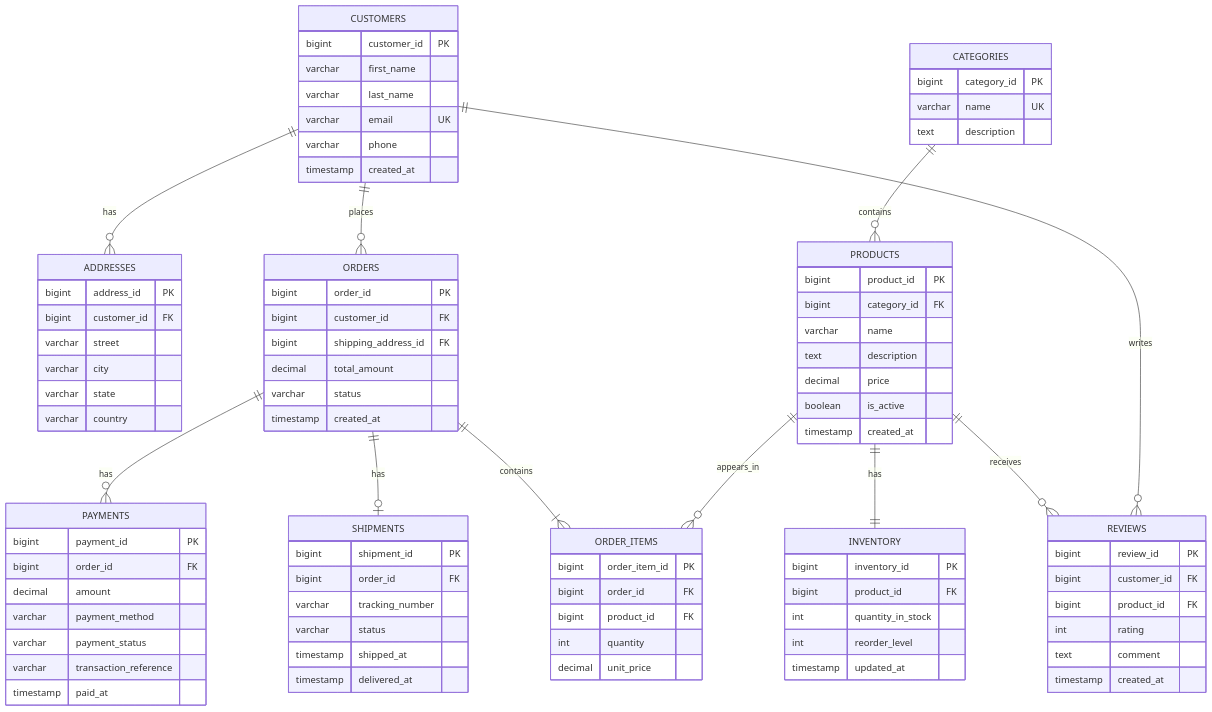
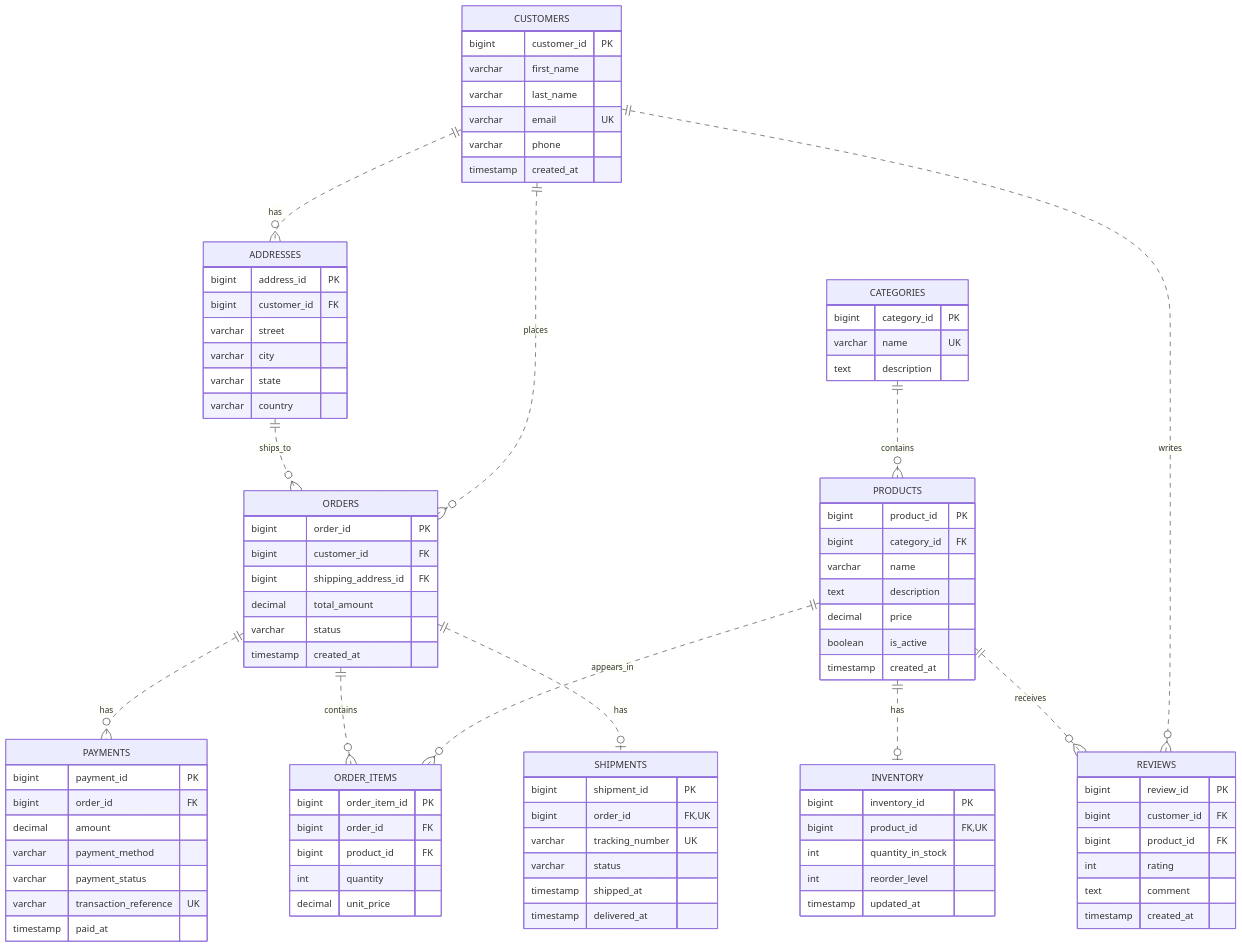
One commit to victrudoh/mit8103-v.udoh3530 changed the diagram in portfolio-1-database-design/diagrams/er-diagram.md. Above: the diagram before and after it, drawn with Mermaid. The commit also changed other lines of this file and 8 other files, not shown here.

````diff
--- a/portfolio-1-database-design/diagrams/er-diagram.md
+++ b/portfolio-1-database-design/diagrams/er-diagram.md
@@ -3,15 +9,16 @@
 ```mermaid
 erDiagram
-    CUSTOMERS ||--o{ ADDRESSES : has
-    CUSTOMERS ||--o{ ORDERS : places
-    CUSTOMERS ||--o{ REVIEWS : writes
-    CATEGORIES ||--o{ PRODUCTS : contains
-    PRODUCTS ||--|| INVENTORY : has
-    PRODUCTS ||--o{ ORDER_ITEMS : appears_in
-    PRODUCTS ||--o{ REVIEWS : receives
-    ORDERS ||--|{ ORDER_ITEMS : contains
-    ORDERS ||--o{ PAYMENTS : has
-    ORDERS ||--o| SHIPMENTS : has
+    CUSTOMERS ||..o{ ADDRESSES : has
+    CUSTOMERS ||..o{ ORDERS : places
+    CUSTOMERS ||..o{ REVIEWS : writes
+    ADDRESSES ||..o{ ORDERS : ships_to
+    CATEGORIES ||..o{ PRODUCTS : contains
+    PRODUCTS ||..o| INVENTORY : has
+    PRODUCTS ||..o{ ORDER_ITEMS : appears_in
+    PRODUCTS ||..o{ REVIEWS : receives
+    ORDERS ||..o{ ORDER_ITEMS : contains
+    ORDERS ||..o{ PAYMENTS : has
+    ORDERS ||..o| SHIPMENTS : has
 
     CUSTOMERS {
         bigint customer_id PK
@@ -49,7 +56,7 @@
 
     INVENTORY {
         bigint inventory_id PK
-        bigint product_id FK
+        bigint product_id FK, UK
         int quantity_in_stock
         int reorder_level
         timestamp updated_at
@@ -78,14 +85,14 @@
         decimal amount
         varchar payment_method
         varchar payment_status
-        varchar transaction_reference
+        varchar transaction_reference UK
         timestamp paid_at
     }
 
     SHIPMENTS {
         bigint shipment_id PK
-        bigint order_id FK
-        varchar tracking_number
+        bigint order_id FK, UK
+        varchar tracking_number UK
         varchar status
         timestamp shipped_at
         timestamp delivered_at
````
